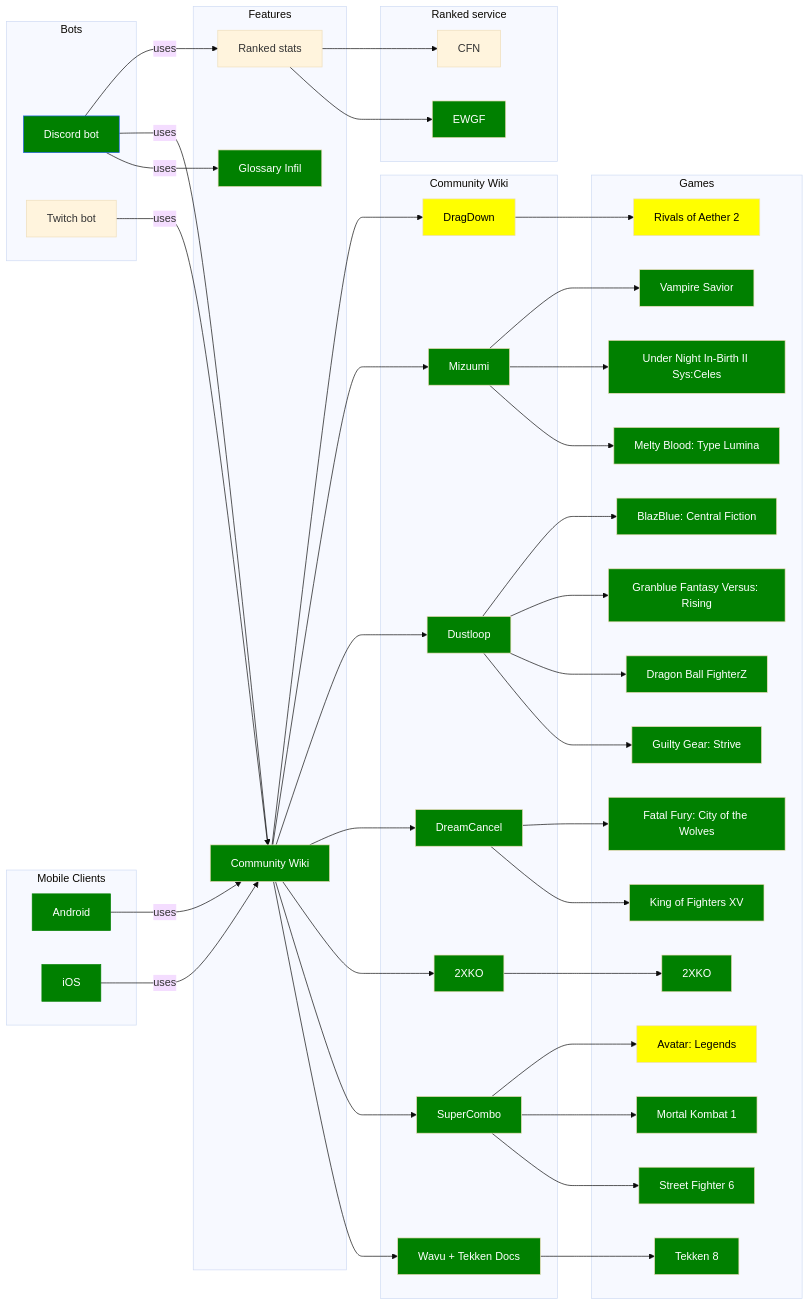
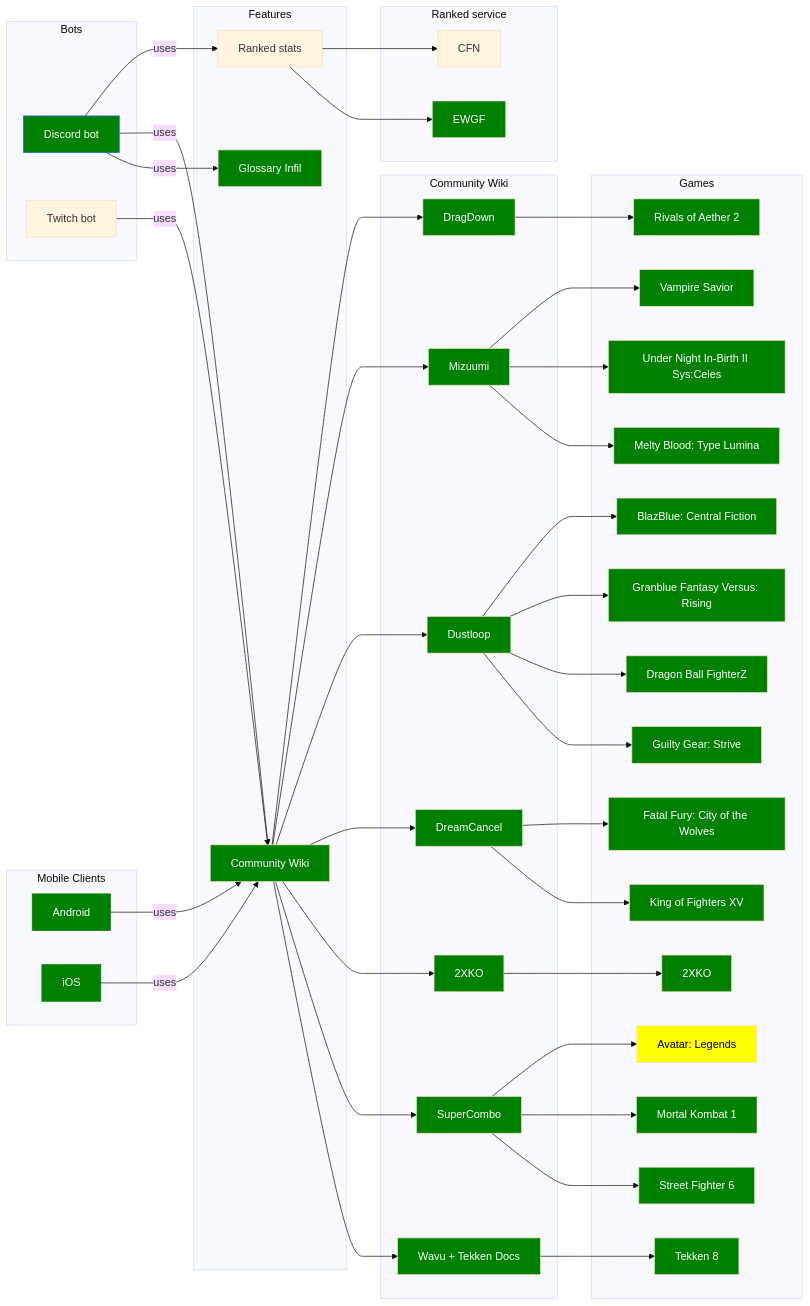
The diagram in README.md (Sophon/FightingNerd), drawn with Mermaid (base theme) before and after one commit. The commit also changed 1 other file, not shown here.

Commit message:
docs (mermaid): mark DragDown and ROA2 as finished

````diff
--- a/README.md
+++ b/README.md
@@ -121,7 +121,7 @@
   style dreamcancel fill:green, color:#fff
   style dustloop fill:green, color:#fff
   style mizuumi fill:green, color:#fff
-  style dragdown fill:yellow, color:#000
+  style dragdown fill:green, color:#fff
   style 2xko fill:green, color:#fff
   style t8 fill:green, color:#fff
   style sf6 fill:green, color:#fff
@@ -138,5 +138,5 @@
   style vsav fill:green, color:#fff
   style ewgf fill:green, color:#fff
   style avl fill:yellow, color:#000
-  style roa fill:yellow, color:#000
+  style roa fill:green, color:#fff
   ```
````
